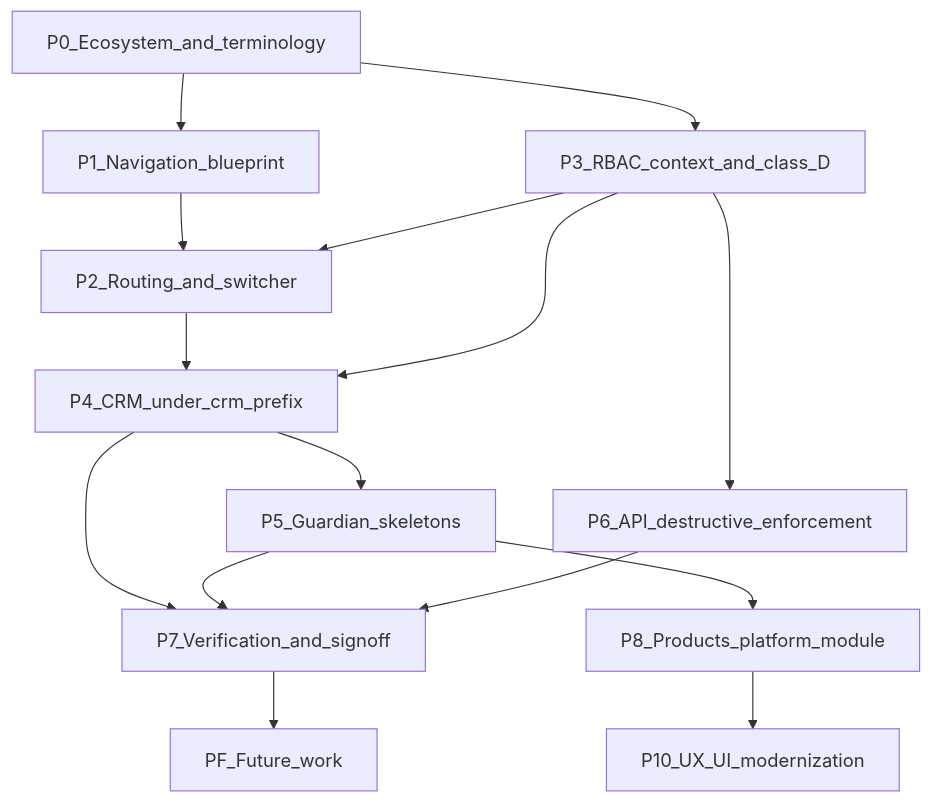
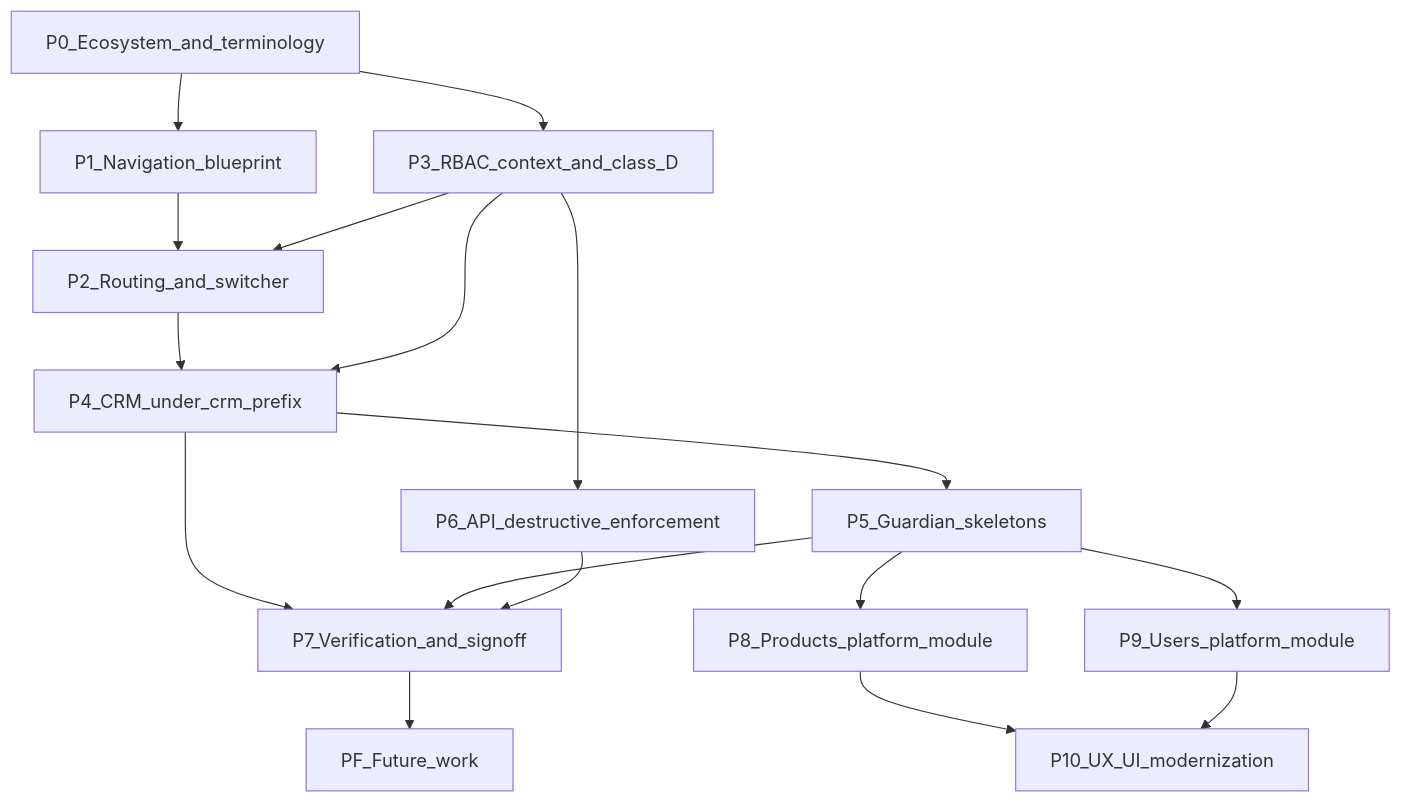
Before and after one commit to theabhissengar/clinexa-platform: the diagram in docs/26-implementation-tracker.md, drawn with Mermaid. The commit also changed other lines of this file and 10 other files, not shown here.

First line of the commit message:
Add Users platform module blueprint and sync governance docs.

````diff
--- a/docs/26-implementation-tracker.md
+++ b/docs/26-implementation-tracker.md
@@ -288,28 +305,31 @@
 ```mermaid
 flowchart TD
   P0[P0_Ecosystem_and_terminology]
   P1[P1_Navigation_blueprint]
   P3[P3_RBAC_context_and_class_D]
   P2[P2_Routing_and_switcher]
   P4[P4_CRM_under_crm_prefix]
   P5[P5_Guardian_skeletons]
   P6[P6_API_destructive_enforcement]
   P7[P7_Verification_and_signoff]
   P8[P8_Products_platform_module]
+  P9[P9_Users_platform_module]
   P10[P10_UX_UI_modernization]
   PF[PF_Future_work]
   P0 --> P1
   P0 --> P3
   P1 --> P2
   P3 --> P2
   P2 --> P4
   P3 --> P4
   P4 --> P5
   P3 --> P6
   P4 --> P7
   P5 --> P7
   P6 --> P7
   P5 --> P8
+  P5 --> P9
   P8 --> P10
+  P9 --> P10
   P7 --> PF
 ```
````
